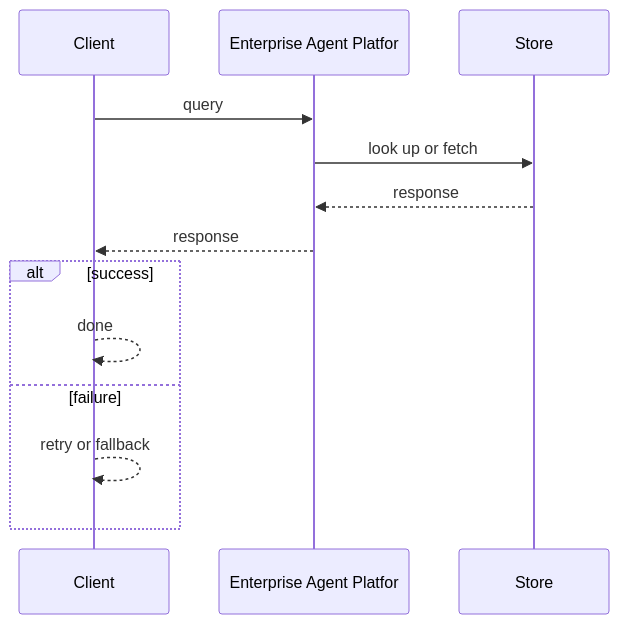
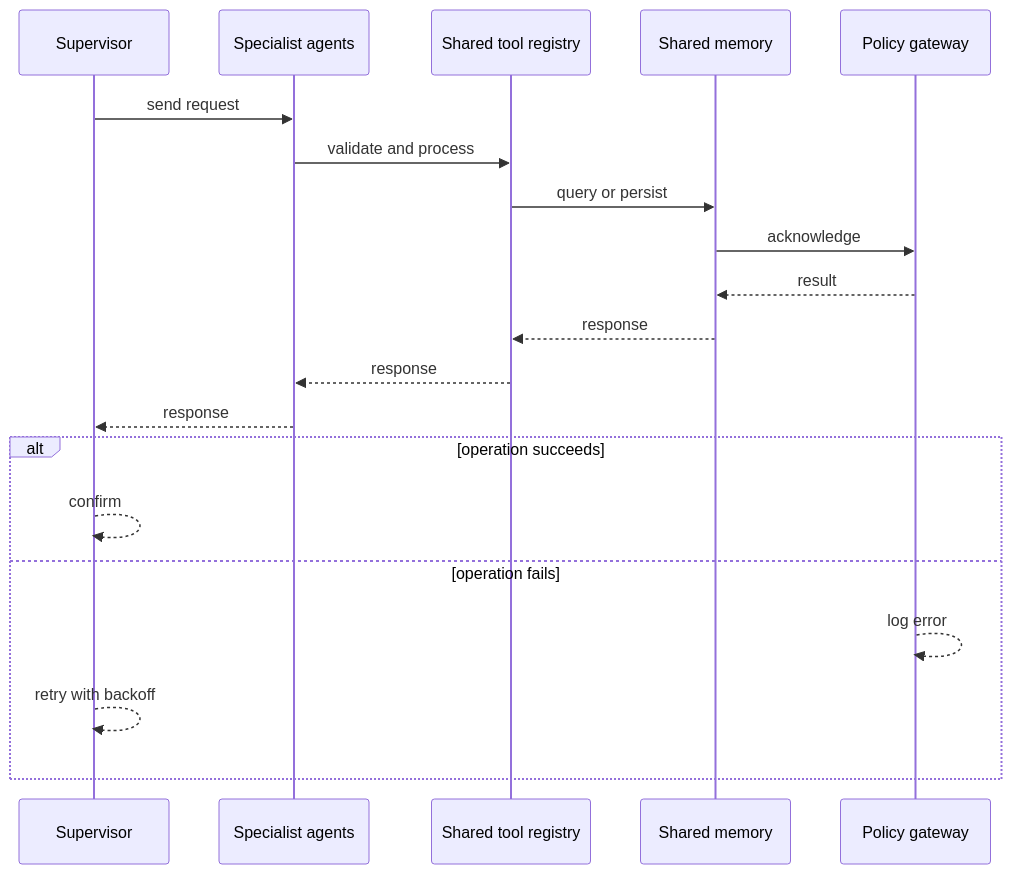
Before and after one commit to RIT-MESH/system-design-mastery: the second of 4 diagrams in case-studies/ai-systems/enterprise-agent-platform.md, drawn with Mermaid. The commit also changed other lines of this file and 64 other files, not shown here.

````diff
--- a/case-studies/ai-systems/enterprise-agent-platform.md
+++ b/case-studies/ai-systems/enterprise-agent-platform.md
@@ -80,16 +67,23 @@
 ```mermaid
 %% created-for: system-design-mastery
 sequenceDiagram
-  participant P0 as Client
-  participant P1 as Enterprise Agent Platfor
-  participant P2 as Store
-  P0 ->> P1: query
-  P1 ->> P2: look up or fetch
-  P2 -->> P1: response
-  P1 -->> P0: response
-  alt success
-    P0 -->> P0: done
-  else failure
-    P0 -->> P0: retry or fallback
+  participant C0 as Supervisor
+  participant C1 as Specialist agents
+  participant C2 as Shared tool registry
+  participant C3 as Shared memory
+  participant C4 as Policy gateway
+  C0 ->> C1: send request
+  C1 ->> C2: validate and process
+  C2 ->> C3: query or persist
+  C3 ->> C4: acknowledge
+  C4 -->> C3: result
+  C3 -->> C2: response
+  C2 -->> C1: response
+  C1 -->> C0: response
+  alt operation succeeds
+    C0 -->> C0: confirm
+  else operation fails
+    C4 -->> C4: log error
+    C0 -->> C0: retry with backoff
   end
 ```
````
